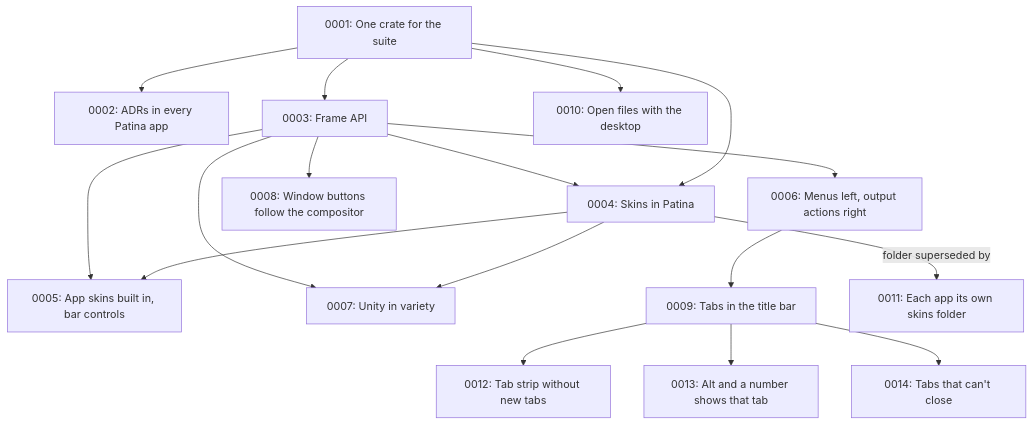
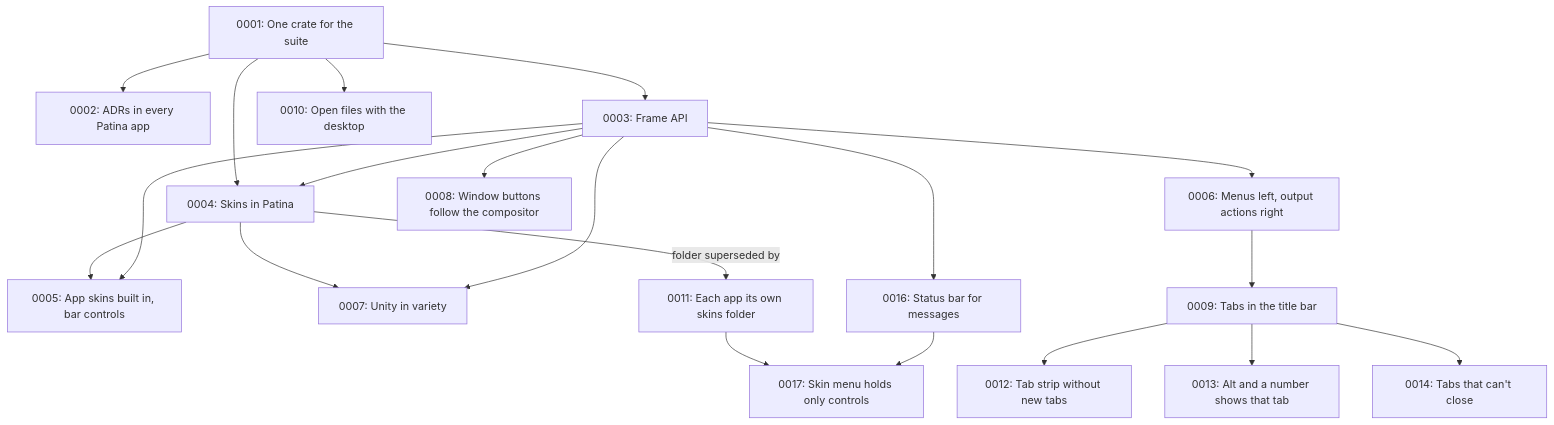
Before and after one commit to Sector-F-Labs/patina: the diagram in docs/adr/README.md, drawn with Mermaid. The commit also changed other lines of this file and 8 other files, not shown here.

First line of the commit message:
A status bar in every app, and one skin menu (ADR-0016, ADR-0017)

````diff
--- a/docs/adr/README.md
+++ b/docs/adr/README.md
@@ -63,19 +65,22 @@
 ```mermaid
 flowchart TD
     A[0001: One crate for the suite] --> B[0002: ADRs in every Patina app]
     A --> C[0003: Frame API]
     A --> D[0004: Skins in Patina]
     C --> D
     D --> E[0005: App skins built in, bar controls]
     C --> F[0006: Menus left, output actions right]
     C --> E
     D --> G[0007: Unity in variety]
     C --> G
     C --> H[0008: Window buttons follow the compositor]
     F --> I[0009: Tabs in the title bar]
     A --> J[0010: Open files with the desktop]
     D -->|folder superseded by| K[0011: Each app its own skins folder]
     I --> L[0012: Tab strip without new tabs]
     I --> M[0013: Alt and a number shows that tab]
     I --> N[0014: Tabs that can't close]
+    C --> O[0016: Status bar for messages]
+    K --> P[0017: Skin menu holds only controls]
+    O --> P
 ```
````
